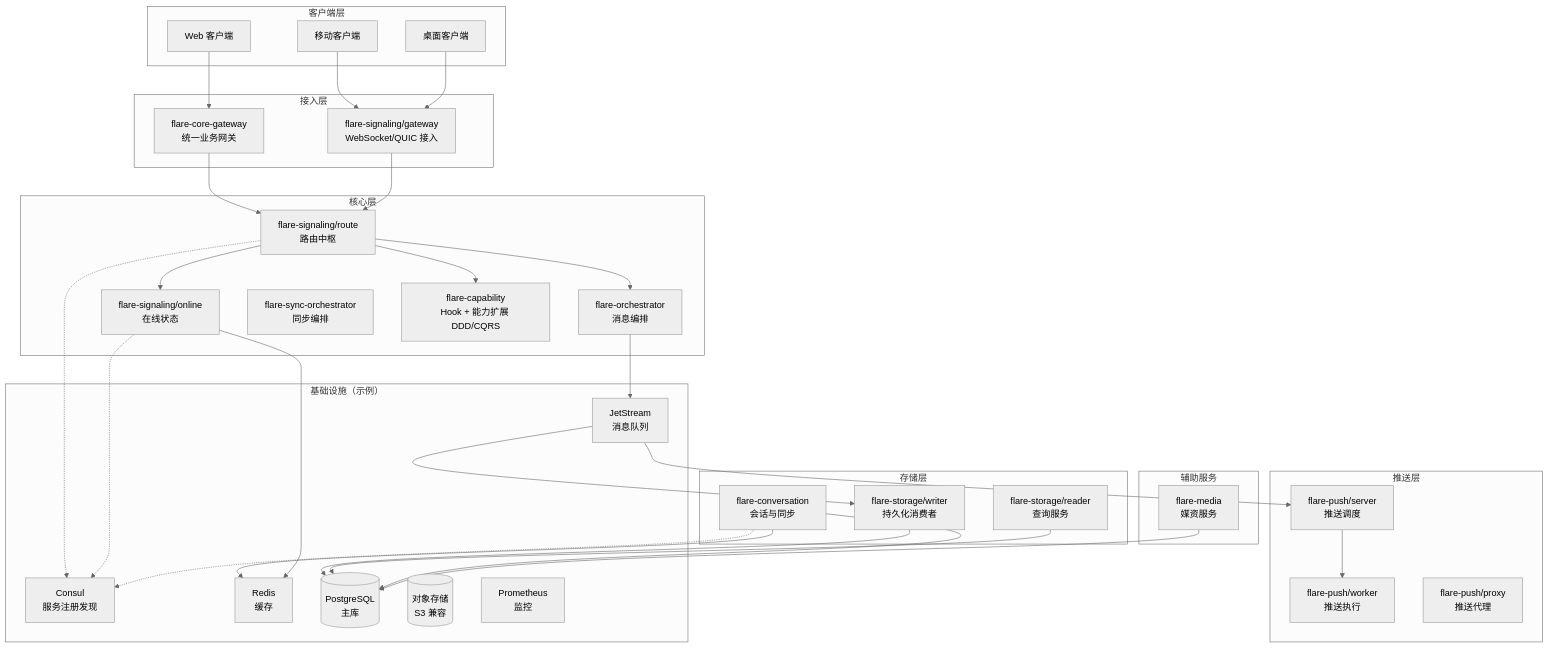
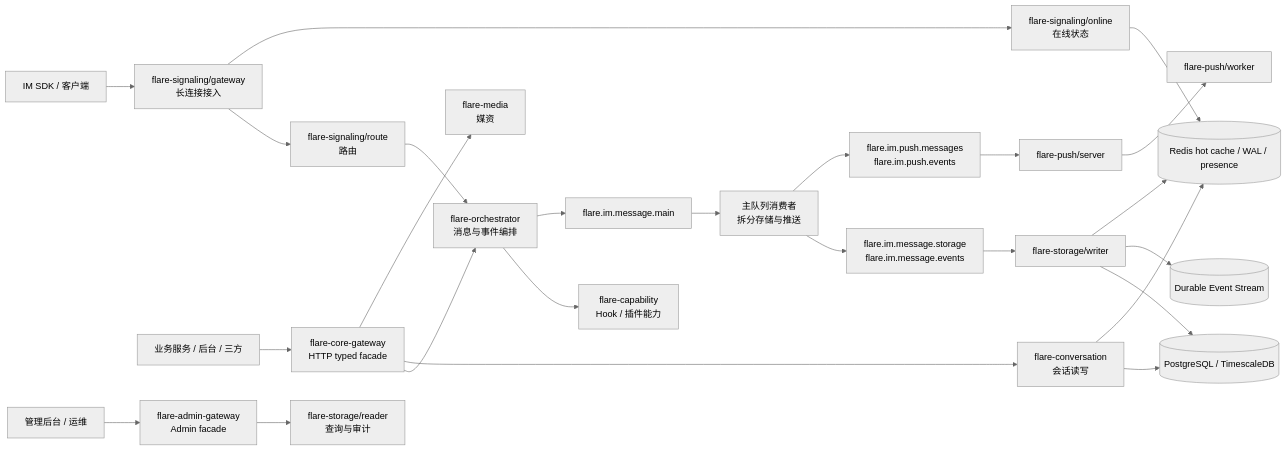
One commit to flare-im/flare-im-core-server changed the first of 2 diagrams in README.md. Above: the diagram before and after it, drawn with Mermaid (neutral theme). The commit also changed other lines of this file and 494 other files, not shown here.

````diff
--- a/README.md
+++ b/README.md
@@ -36,75 +29,29 @@
 ```mermaid
-graph TB
-    subgraph "客户端层"
-        Web[Web 客户端]
-        Mobile[移动客户端]
-        Desktop[桌面客户端]
-    end
+flowchart LR
+    SDK["IM SDK / 客户端"] --> SGW["flare-signaling/gateway<br/>长连接接入"]
+    ThirdParty["业务服务 / 后台 / 三方"] --> CGW["flare-core-gateway<br/>HTTP typed facade"]
+    Admin["管理后台 / 运维"] --> AGW["flare-admin-gateway<br/>Admin facade"]
 
-    subgraph "接入层"
-        CoreGW[flare-core-gateway<br/>统一业务网关]
-        SignalingGW[flare-signaling/gateway<br/>WebSocket/QUIC 接入]
-    end
+    SGW --> Route["flare-signaling/route<br/>路由"]
+    SGW --> Online["flare-signaling/online<br/>在线状态"]
+    CGW --> Orchestrator["flare-orchestrator<br/>消息与事件编排"]
+    CGW --> Conversation["flare-conversation<br/>会话读写"]
+    CGW --> Media["flare-media<br/>媒资"]
+    AGW --> StorageReader["flare-storage/reader<br/>查询与审计"]
 
-    subgraph "核心层"
-        Route[flare-signaling/route<br/>路由中枢]
-        Online[flare-signaling/online<br/>在线状态]
-        Orchestrator[flare-orchestrator<br/>消息编排]
-        SyncOrch[flare-sync-orchestrator<br/>同步编排]
-        Capability[flare-capability<br/>Hook + 能力扩展 DDD/CQRS]
-    end
-
-    subgraph "存储层"
-        StorageWriter[flare-storage/writer<br/>持久化消费者]
-        StorageReader[flare-storage/reader<br/>查询服务]
-        Conversation[flare-conversation<br/>会话与同步]
-    end
-
-    subgraph "推送层"
-        PushServer[flare-push/server<br/>推送调度]
-        PushWorker[flare-push/worker<br/>推送执行]
-        PushProxy[flare-push/proxy<br/>推送代理]
-    end
-
-    subgraph "辅助服务"
-        Media[flare-media<br/>媒资服务]
-    end
-
-    subgraph "基础设施（示例）"
-        Consul[Consul<br/>服务注册发现]
-        JetStream[JetStream<br/>消息队列]
-        Redis[Redis<br/>缓存]
-        PostgreSQL[(PostgreSQL<br/>主库)]
-        MinIO[(对象存储<br/>S3 兼容)]
-        Prometheus[Prometheus<br/>监控]
-    end
-
-    Web --> CoreGW
-    Mobile --> SignalingGW
-    Desktop --> SignalingGW
-
-    CoreGW --> Route
-    SignalingGW --> Route
-
-    Route --> Online
     Route --> Orchestrator
-    Route --> Capability
-
-    Orchestrator --> JetStream
-    JetStream --> StorageWriter
-    StorageWriter --> PostgreSQL
-    StorageReader --> PostgreSQL
-
-    JetStream --> PushServer
-    PushServer --> PushWorker
-
+    Orchestrator --> Capability["flare-capability<br/>Hook / 插件能力"]
+    Orchestrator --> MQMain["flare.im.message.main"]
+    MQMain --> OrchestratorFanout["主队列消费者<br/>拆分存储与推送"]
+    OrchestratorFanout --> MQStorage["flare.im.message.storage<br/>flare.im.message.events"]
+    OrchestratorFanout --> MQPush["flare.im.push.messages<br/>flare.im.push.events"]
+    MQStorage --> StorageWriter["flare-storage/writer"]
+    MQPush --> PushServer["flare-push/server"]
+    PushServer --> PushWorker["flare-push/worker"]
+    StorageWriter --> Postgres[("PostgreSQL / TimescaleDB")]
+    StorageWriter --> EventStream[("Durable Event Stream")]
+    StorageWriter --> Redis[("Redis hot cache / WAL / presence")]
+    Conversation --> Postgres
     Conversation --> Redis
-    Conversation --> PostgreSQL
     Online --> Redis
-
-    Media --> PostgreSQL
-
-    Route -.-> Consul
-    Online -.-> Consul
-    Conversation -.-> Consul
 ```
````
